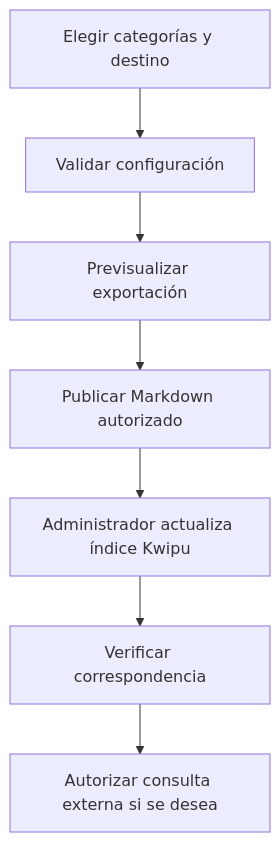
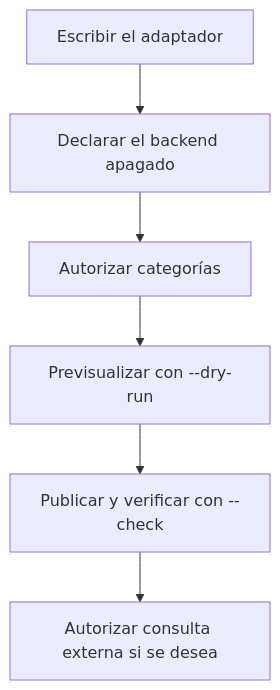
One commit to daycry/custom-agents changed the third of 4 diagrams in docs/guides/memory.md. Above: the diagram before and after it, drawn with Mermaid. The commit also changed other lines of this file and 60 other files, not shown here.

````diff
--- a/docs/guides/memory.md
+++ b/docs/guides/memory.md
@@ -161,9 +161,8 @@
 ```mermaid
 flowchart TD
-    A[Elegir categorías y destino] --> B[Validar configuración]
-    B --> C[Previsualizar exportación]
-    C --> D[Publicar Markdown autorizado]
-    D --> E[Administrador actualiza índice Kwipu]
-    E --> F[Verificar correspondencia]
-    F --> G[Autorizar consulta externa si se desea]
+    A[Escribir el adaptador] --> B[Declarar el backend apagado]
+    B --> C[Autorizar categorías]
+    C --> D[Previsualizar con --dry-run]
+    D --> E[Publicar y verificar con --check]
+    E --> F[Autorizar consulta externa si se desea]
 ```
````
